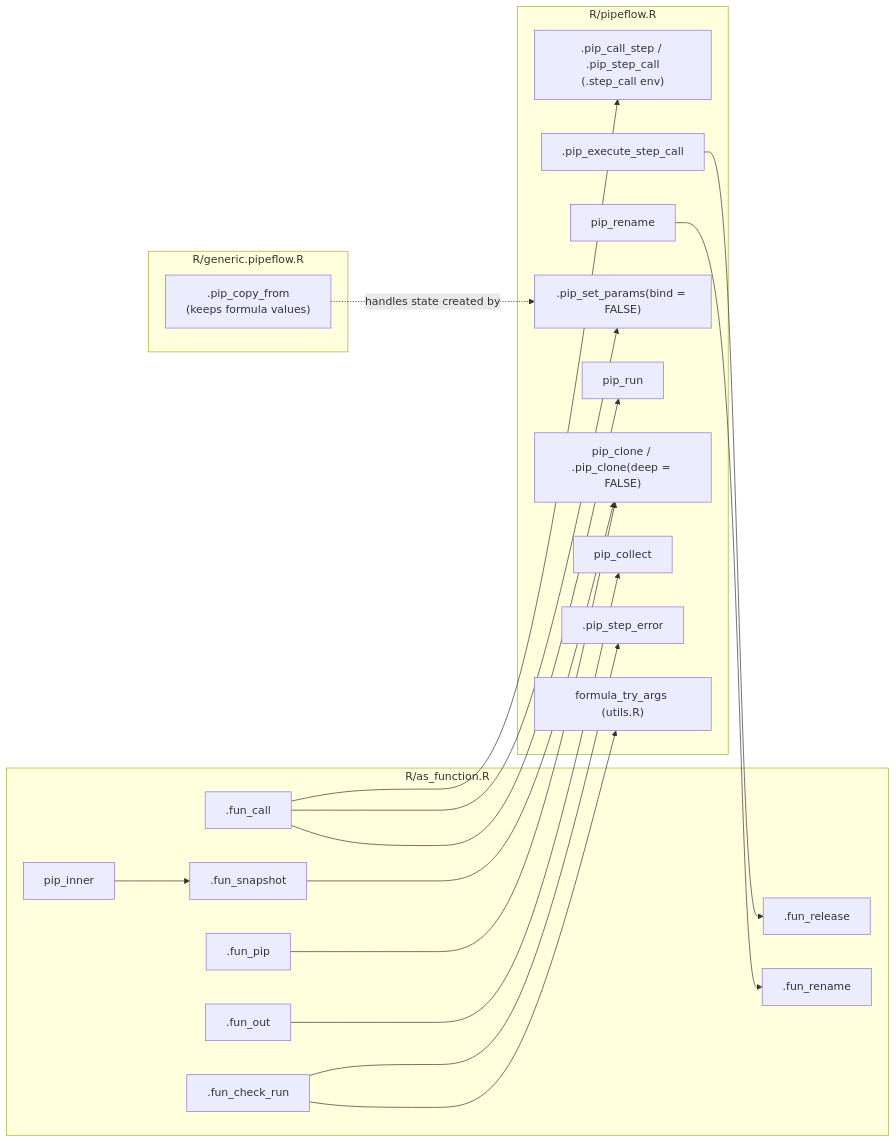
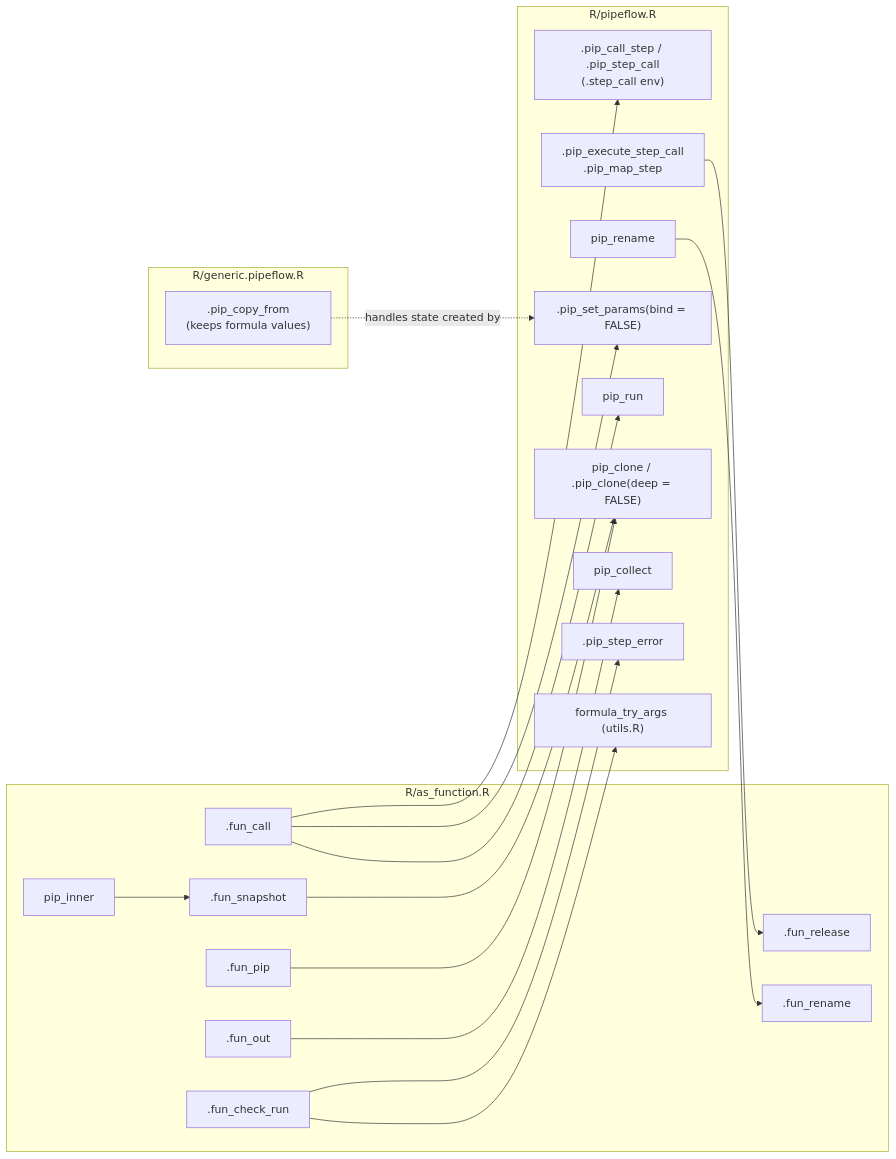
The sixth of 6 diagrams in dev/as_function.md (rpahl/pipeflow), drawn with Mermaid before and after one commit. The commit also changed other lines of this file and 3 other files, not shown here.

````diff
--- a/dev/as_function.md
+++ b/dev/as_function.md
@@ -232,32 +232,32 @@
 ```mermaid
 flowchart LR
     subgraph core["R/pipeflow.R"]
         pcs[".pip_call_step / .pip_step_call<br/>(.step_call env)"]
-        pesc[".pip_execute_step_call"]
+        pesc[".pip_execute_step_call<br/>.pip_map_step"]
         pren["pip_rename"]
         psp[".pip_set_params(bind = FALSE)"]
         prun["pip_run"]
         pclone["pip_clone / .pip_clone(deep = FALSE)"]
         pcol["pip_collect"]
         pse[".pip_step_error"]
         fta["formula_try_args (utils.R)"]
     end
     subgraph gen["R/generic.pipeflow.R"]
         pcf[".pip_copy_from<br/>(keeps formula values)"]
     end
     subgraph asf["R/as_function.R"]
         fcall[".fun_call"]; fpip[".fun_pip"]; frel[".fun_release"]
         fren[".fun_rename"]; fchk[".fun_check_run"]; fout[".fun_out"]
         fsnap[".fun_snapshot"]; inner["pip_inner"]
     end
     fcall --> pcs & psp & prun
     fpip --> pclone
     fsnap --> pclone
     fout --> pcol
     fchk --> pse
     fchk --> fta
     pesc --> frel
     pren --> fren
     inner --> fsnap
     pcf -. "handles state created by" .-> psp
 ```
````
